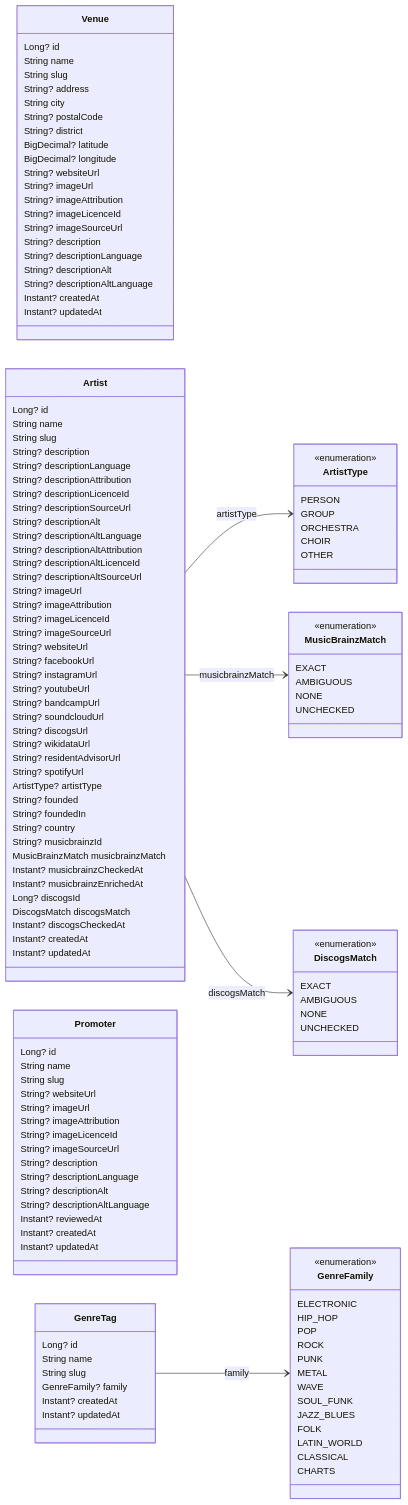
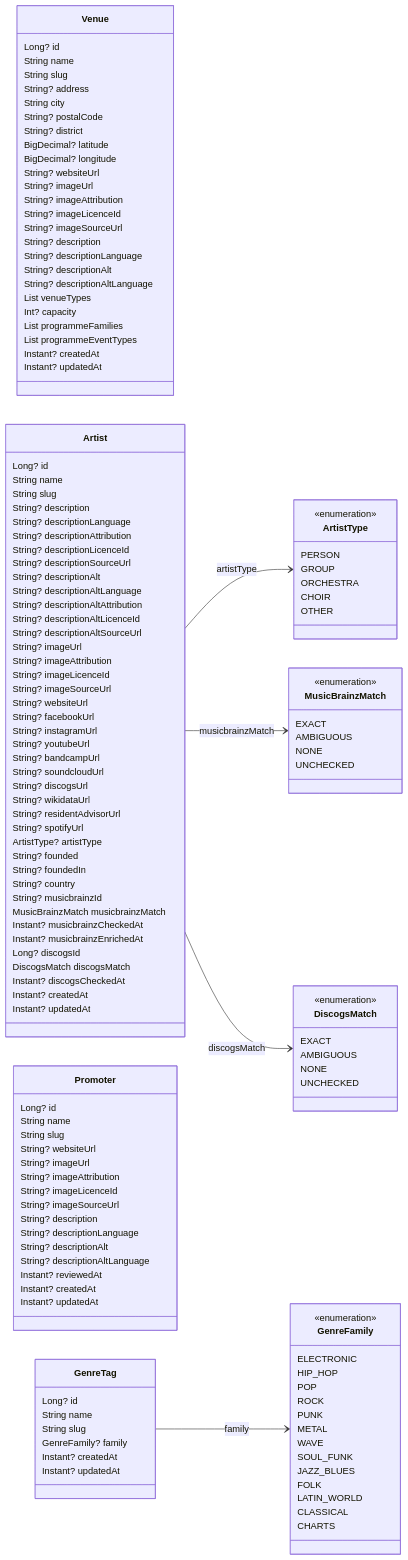
The diagram in docs/DATA_MODEL.md (enorm-labs/event-junkie), drawn with Mermaid before and after one commit. The commit also changed other lines of this file and 52 other files, not shown here.

First line of the commit message:
feat(venues): venue types, capacity, and the genres and event types each venue programmes, filterable on /venues

```diff
--- a/docs/DATA_MODEL.md
+++ b/docs/DATA_MODEL.md
@@ -45,6 +45,10 @@
         String? descriptionLanguage
         String? descriptionAlt
         String? descriptionAltLanguage
+        List venueTypes
+        Int? capacity
+        List programmeFamilies
+        List programmeEventTypes
         Instant? createdAt
         Instant? updatedAt
     }
```
